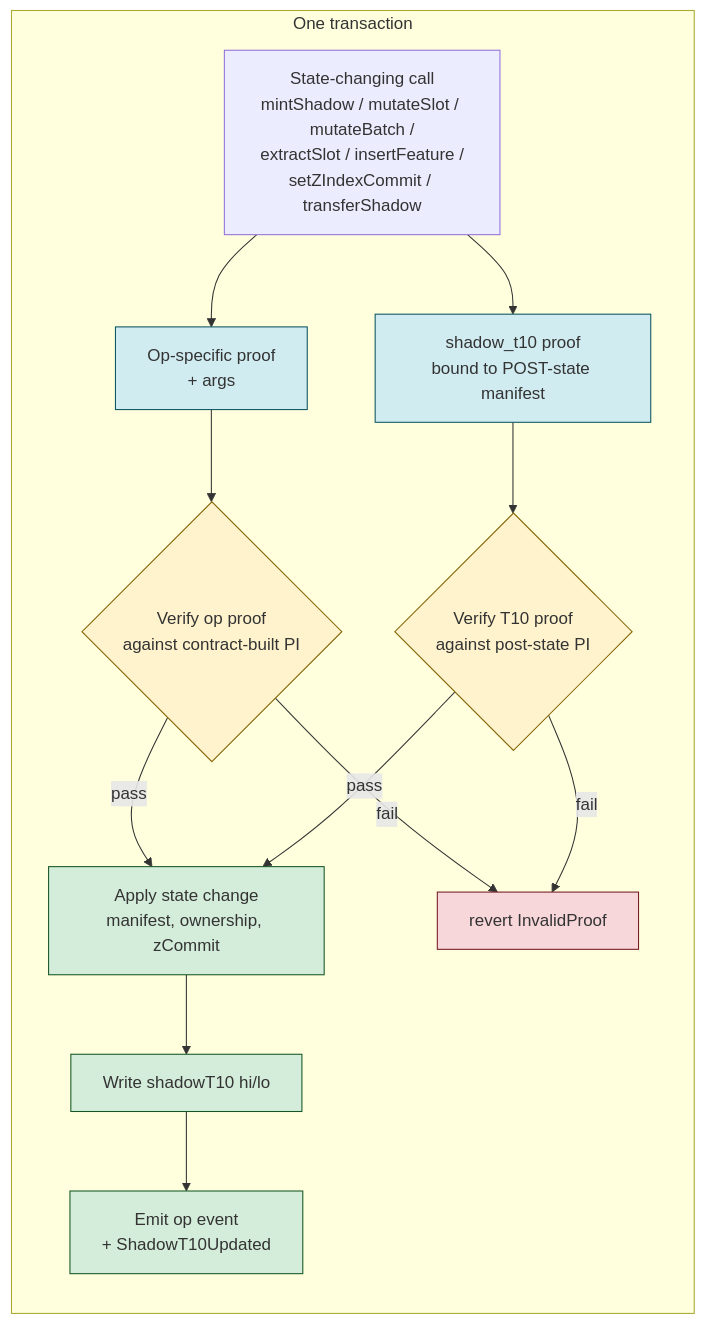
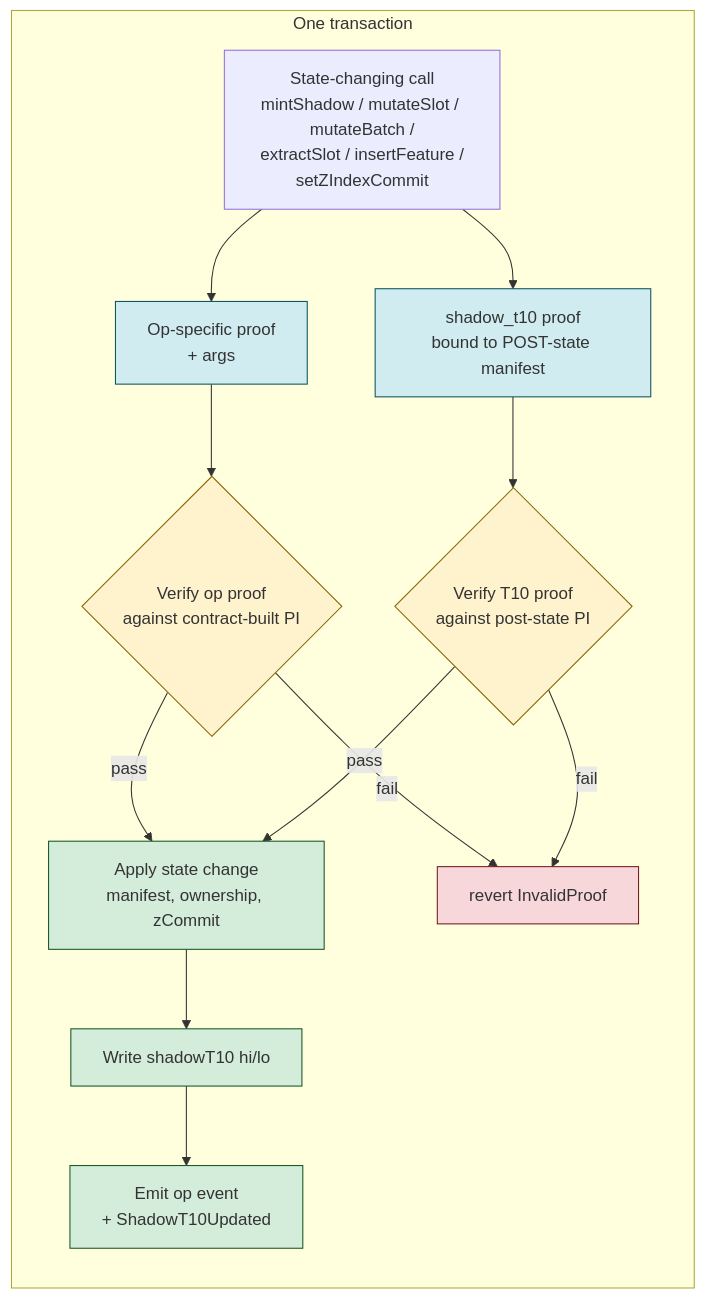
Before and after one commit to LPSCRYPT/moist_cryptography: the fifth of 6 diagrams in docs/V2_FLOW.md, drawn with Mermaid. The commit also changed other lines of this file and 15 other files, not shown here.

````diff
--- a/docs/V2_FLOW.md
+++ b/docs/V2_FLOW.md
@@ -180,36 +180,36 @@
 ```mermaid
 flowchart TB
     subgraph TX["One transaction"]
         direction TB
-        OP[State-changing call<br/>mintShadow / mutateSlot / mutateBatch /<br/>extractSlot / insertFeature /<br/>setZIndexCommit / transferShadow]
+        OP[State-changing call<br/>mintShadow / mutateSlot / mutateBatch /<br/>extractSlot / insertFeature /<br/>setZIndexCommit]
         OP_PROOF[Op-specific proof<br/>+ args]
         T10_PROOF[shadow_t10 proof<br/>bound to POST-state manifest]
 
         OP --> OP_PROOF
         OP --> T10_PROOF
 
         V_OP{Verify op proof<br/>against contract-built PI}
         V_T10{Verify T10 proof<br/>against post-state PI}
 
         OP_PROOF --> V_OP
         T10_PROOF --> V_T10
 
         V_OP -->|pass| APPLY[Apply state change<br/>manifest, ownership, zCommit]
         V_T10 -->|pass| APPLY
 
         APPLY --> WRITE_T10[Write shadowT10 hi/lo]
         WRITE_T10 --> EVT[Emit op event<br/>+ ShadowT10Updated]
 
         V_OP -->|fail| REV[revert InvalidProof]
         V_T10 -->|fail| REV
     end
 
     classDef proof fill:#d1ecf1,stroke:#0c5460
     classDef gate fill:#fff3cd,stroke:#856404
     classDef apply fill:#d4edda,stroke:#155724
     classDef bad fill:#f8d7da,stroke:#721c24
     class OP_PROOF,T10_PROOF proof
     class V_OP,V_T10 gate
     class APPLY,WRITE_T10,EVT apply
     class REV bad
 ```
````
